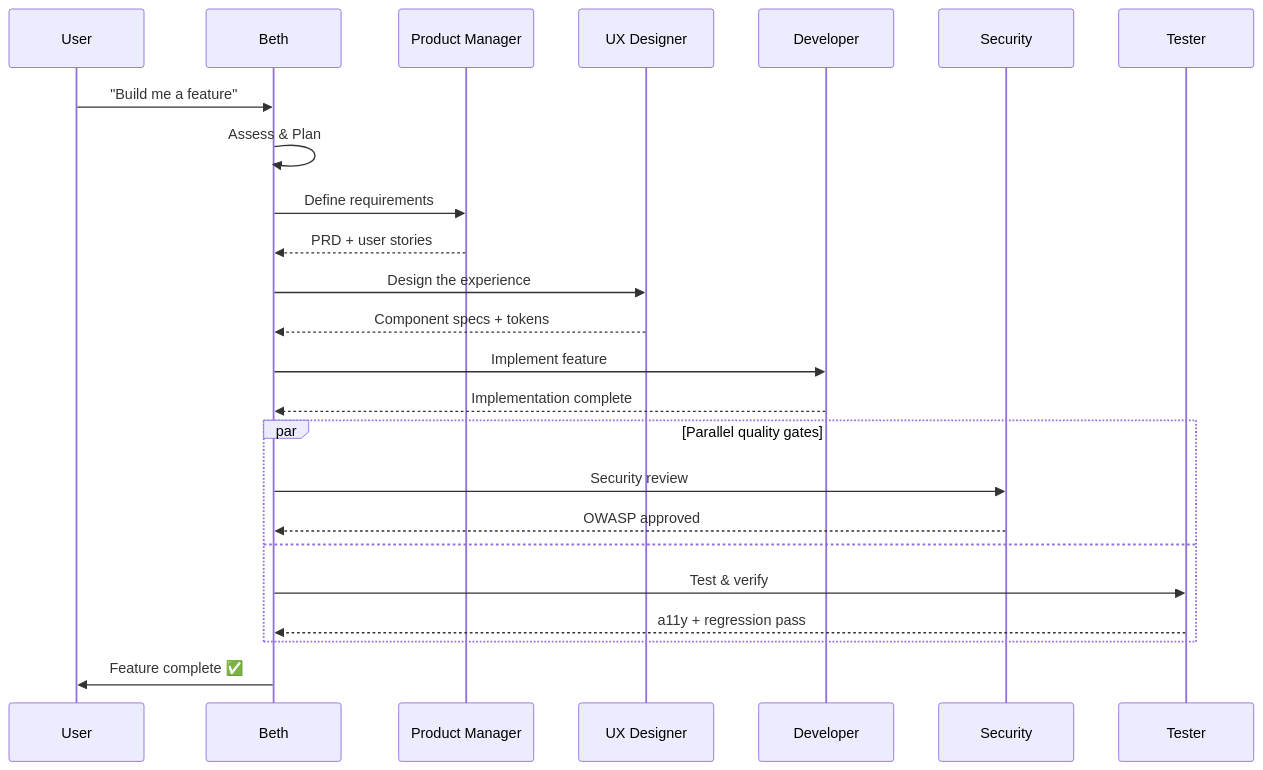
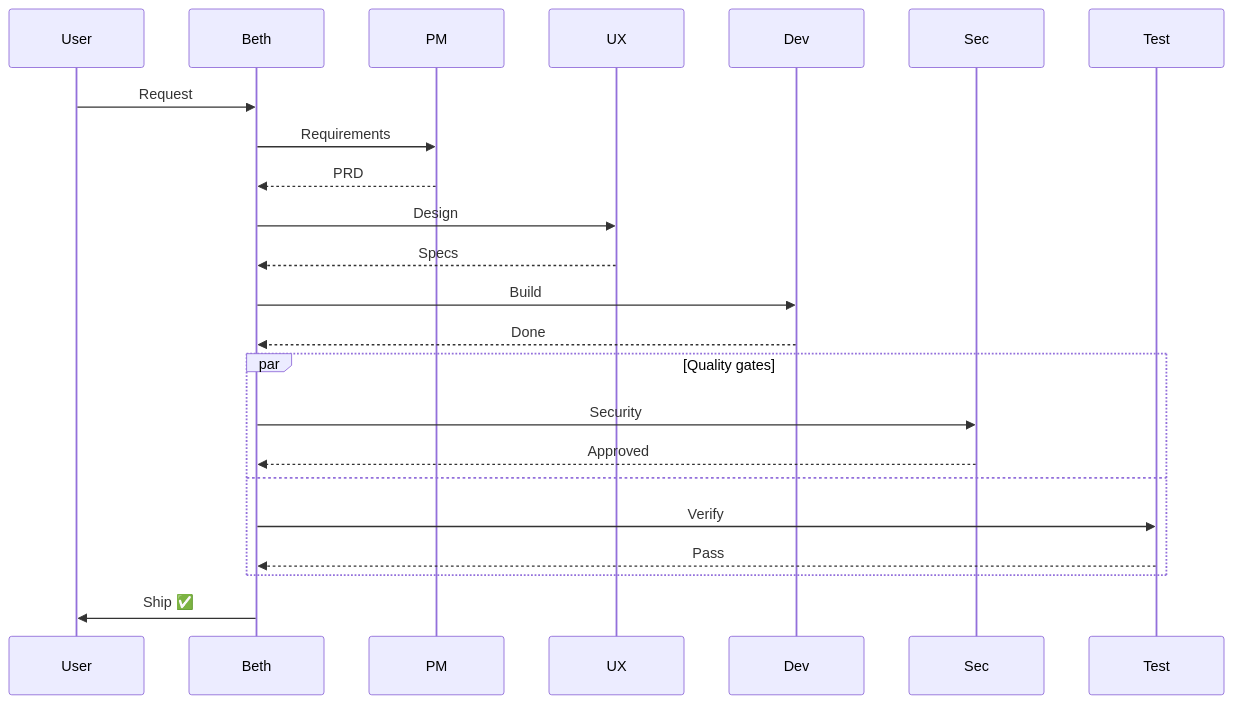
The third of 7 diagrams in README.md (shyamsridhar123/ATV-AgentSkillsDemo), drawn with Mermaid before and after one commit. The commit also changed other lines of this file and 2 other files, not shown here.

Commit message:
beth-7bo: Simplify all architecture mermaid diagrams in README.md and SYSTEM-FLOW.md

````diff
--- a/README.md
+++ b/README.md
@@ -152,32 +150,26 @@
 ```mermaid
 sequenceDiagram
     participant U as User
     participant B as Beth
-    participant PM as Product Manager
-    participant UX as UX Designer
-    participant D as Developer
-    participant S as Security
-    participant T as Tester
+    participant PM as PM
+    participant UX as UX
+    participant D as Dev
+    participant S as Sec
+    participant T as Test
 
-    U->>B: "Build me a feature"
-    B->>B: Assess & Plan
-
-    B->>PM: Define requirements
-    PM-->>B: PRD + user stories
-
-    B->>UX: Design the experience
-    UX-->>B: Component specs + tokens
-
-    B->>D: Implement feature
-    D-->>B: Implementation complete
-
-    par Parallel quality gates
-        B->>S: Security review
-        S-->>B: OWASP approved
+    U->>B: Request
+    B->>PM: Requirements
+    PM-->>B: PRD
+    B->>UX: Design
+    UX-->>B: Specs
+    B->>D: Build
+    D-->>B: Done
+    par Quality gates
+        B->>S: Security
+        S-->>B: Approved
     and
-        B->>T: Test & verify
-        T-->>B: a11y + regression pass
+        B->>T: Verify
+        T-->>B: Pass
     end
-
-    B->>U: Feature complete ✅
+    B->>U: Ship ✅
 ```
````
